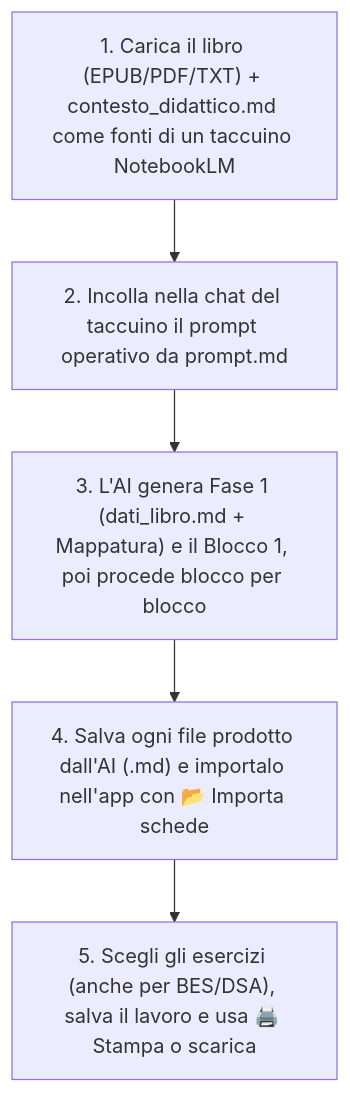
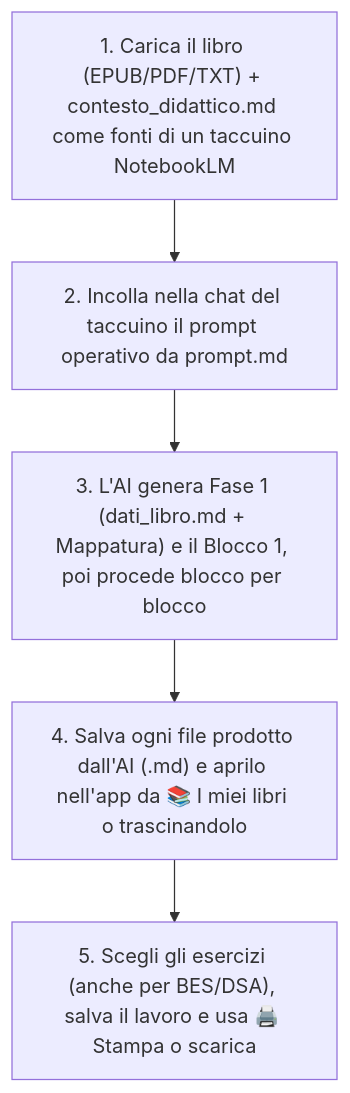
One commit to aalborghetti/AnalisiLibro changed the diagram in README.md. Above: the diagram before and after it, drawn with Mermaid. The commit also changed other lines of this file and 14 other files, not shown here.

````diff
--- a/README.md
+++ b/README.md
@@ -68,7 +68,7 @@
 ```mermaid
 flowchart TD
     A["1. Carica il libro (EPUB/PDF/TXT) + contesto_didattico.md come fonti di un taccuino NotebookLM"] --> B["2. Incolla nella chat del taccuino il prompt operativo da prompt.md"]
     B --> C["3. L'AI genera Fase 1 (dati_libro.md + Mappatura) e il Blocco 1, poi procede blocco per blocco"]
-    C --> D["4. Salva ogni file prodotto dall'AI (.md) e importalo nell'app con 📂 Importa schede"]
+    C --> D["4. Salva ogni file prodotto dall'AI (.md) e aprilo nell'app da 📚 I miei libri o trascinandolo"]
     D --> E["5. Scegli gli esercizi (anche per BES/DSA), salva il lavoro e usa 🖨️ Stampa o scarica"]
 ```
````
